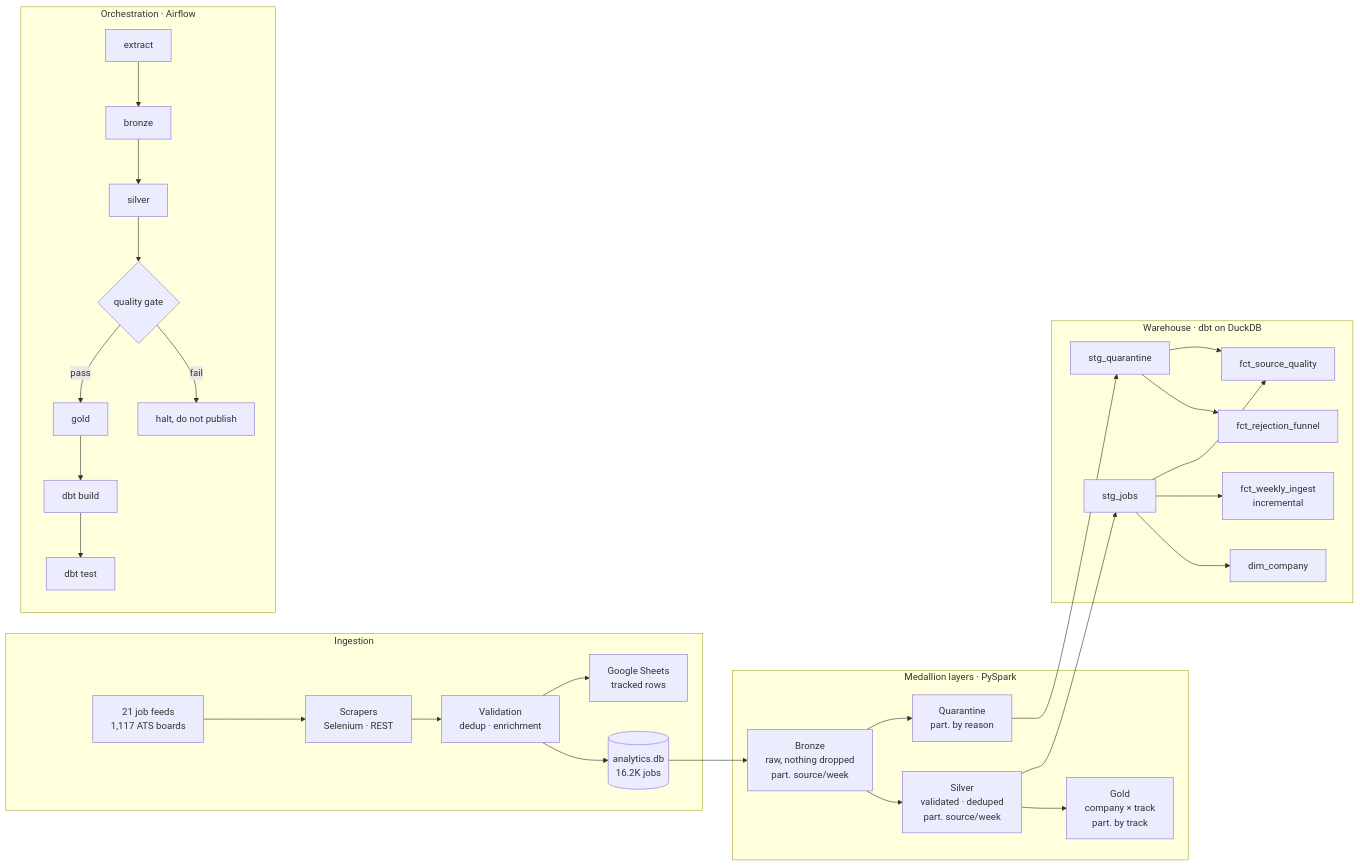
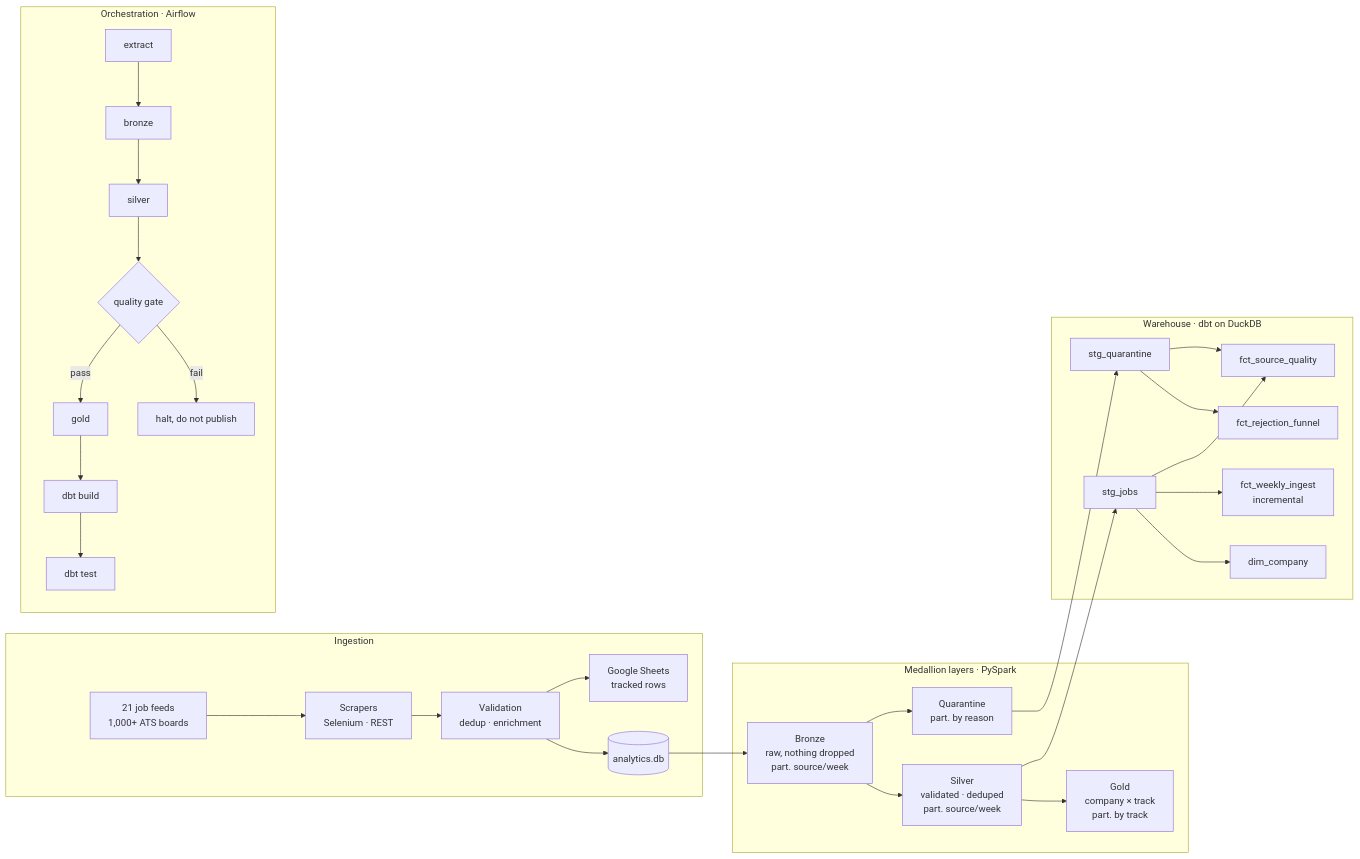
One commit to prasad0411/job-market-intelligence changed the second of 2 diagrams in README.md. Above: the diagram before and after it, drawn with Mermaid. The commit also changed other lines of this file and 1 other file, not shown here.

````diff
--- a/README.md
+++ b/README.md
@@ -93,33 +93,33 @@
 ```mermaid
 flowchart LR
     subgraph ingest["Ingestion"]
-        A["21 job feeds<br/>1,117 ATS boards"] --> B["Scrapers<br/>Selenium · REST"]
+        A["21 job feeds<br/>1,000+ ATS boards"] --> B["Scrapers<br/>Selenium · REST"]
         B --> C["Validation<br/>dedup · enrichment"]
-        C --> D[("analytics.db<br/>16.2K jobs")]
+        C --> D[("analytics.db")]
         C --> E["Google Sheets<br/>tracked rows"]
     end
 
     subgraph lake["Medallion layers · PySpark"]
         D --> F["Bronze<br/>raw, nothing dropped<br/>part. source/week"]
         F --> G["Silver<br/>validated · deduped<br/>part. source/week"]
         F --> H["Quarantine<br/>part. by reason"]
         G --> I["Gold<br/>company × track<br/>part. by track"]
     end
 
     subgraph marts["Warehouse · dbt on DuckDB"]
         G --> J["stg_jobs"]
         H --> K["stg_quarantine"]
         J --> L["dim_company"]
         J --> M["fct_weekly_ingest<br/>incremental"]
         K --> N["fct_rejection_funnel"]
         J --> O["fct_source_quality"]
         K --> O
     end
 
     subgraph orch["Orchestration · Airflow"]
         P["extract"] --> Q["bronze"] --> R["silver"]
         R --> S{"quality gate"}
         S -->|pass| T["gold"] --> U["dbt build"] --> V["dbt test"]
         S -->|fail| W["halt, do not publish"]
     end
 ```
````
